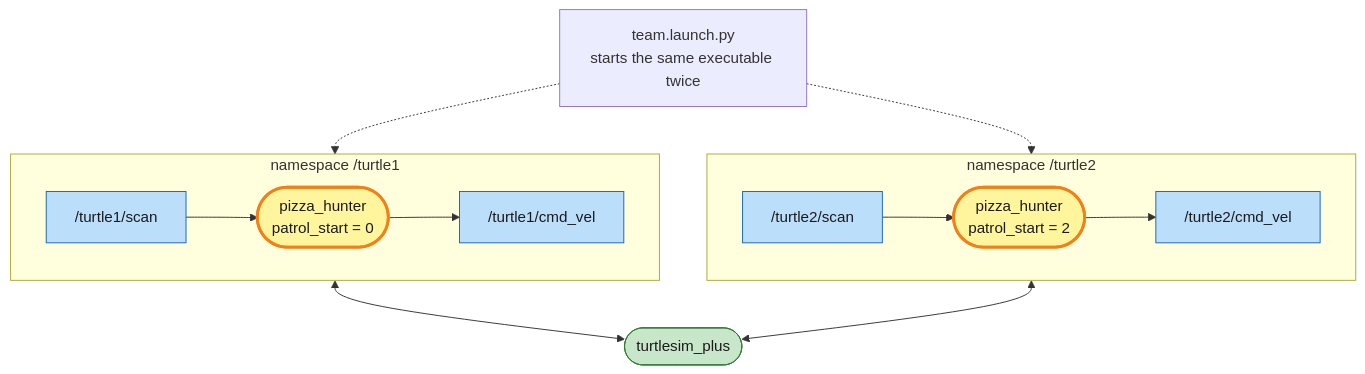
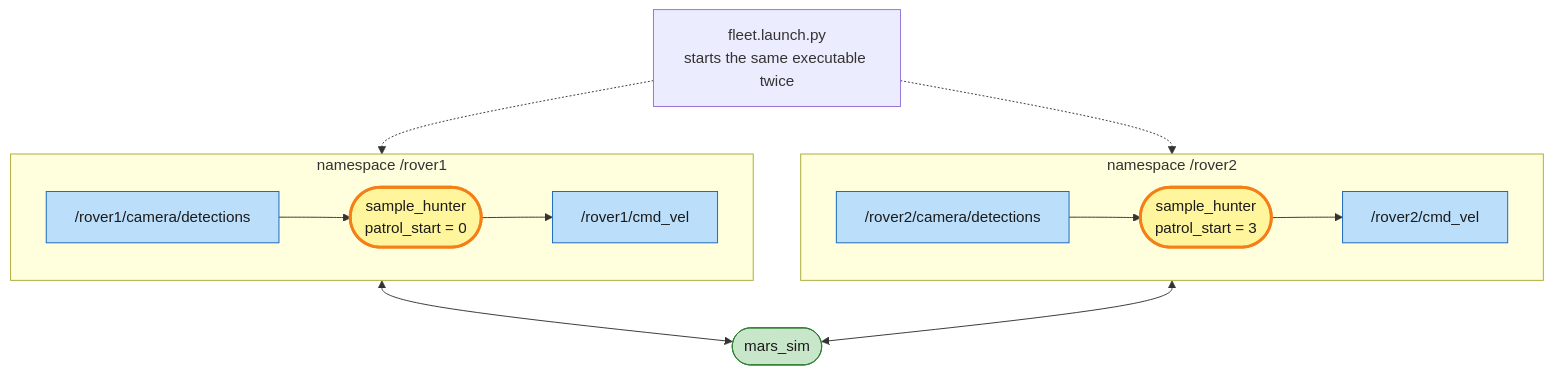
One commit to kittinook/ros2_tutorial changed diagram 11 of 14 in ARCHITECTURE.md. Above: the diagram before and after it, drawn with Mermaid. The commit also changed other lines of this file and 183 other files, not shown here.

First line of the commit message:
Replace Turtle Quest with Mars Rover Academy

````diff
--- a/ARCHITECTURE.md
+++ b/ARCHITECTURE.md
@@ -262,18 +291,18 @@
 ```mermaid
 flowchart TB
     classDef ros fill:#c8e6c9,stroke:#2e7d32,color:#1b1b1b
     classDef mine fill:#fff59d,stroke:#f57f17,stroke-width:3px,color:#1b1b1b
     classDef topic fill:#bbdefb,stroke:#1565c0,color:#1b1b1b
-    LAUNCH["team.launch.py<br/>starts the same executable twice"]
-    subgraph NS1["namespace /turtle1"]
+    LAUNCH["fleet.launch.py<br/>starts the same executable twice"]
+    subgraph NS1["namespace /rover1"]
         direction LR
-        S1["/turtle1/scan"]:::topic --> H1(["pizza_hunter<br/>patrol_start = 0"]):::mine --> C1["/turtle1/cmd_vel"]:::topic
+        S1["/rover1/camera/detections"]:::topic --> H1(["sample_hunter<br/>patrol_start = 0"]):::mine --> C1["/rover1/cmd_vel"]:::topic
     end
-    subgraph NS2["namespace /turtle2"]
+    subgraph NS2["namespace /rover2"]
         direction LR
-        S2["/turtle2/scan"]:::topic --> H2(["pizza_hunter<br/>patrol_start = 2"]):::mine --> C2["/turtle2/cmd_vel"]:::topic
+        S2["/rover2/camera/detections"]:::topic --> H2(["sample_hunter<br/>patrol_start = 3"]):::mine --> C2["/rover2/cmd_vel"]:::topic
     end
-    SIM(["turtlesim_plus"]):::ros
+    SIM(["mars_sim"]):::ros
     LAUNCH -.-> NS1 & NS2
     NS1 & NS2 <--> SIM
 ```
````
